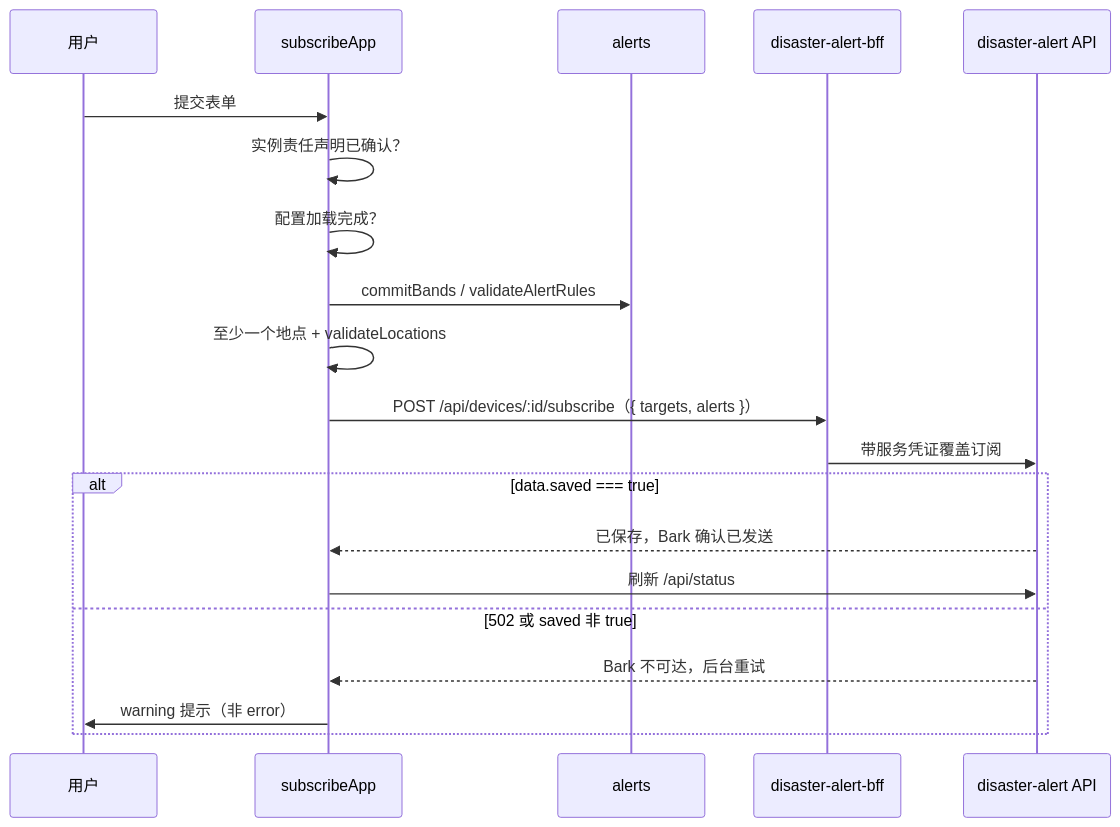
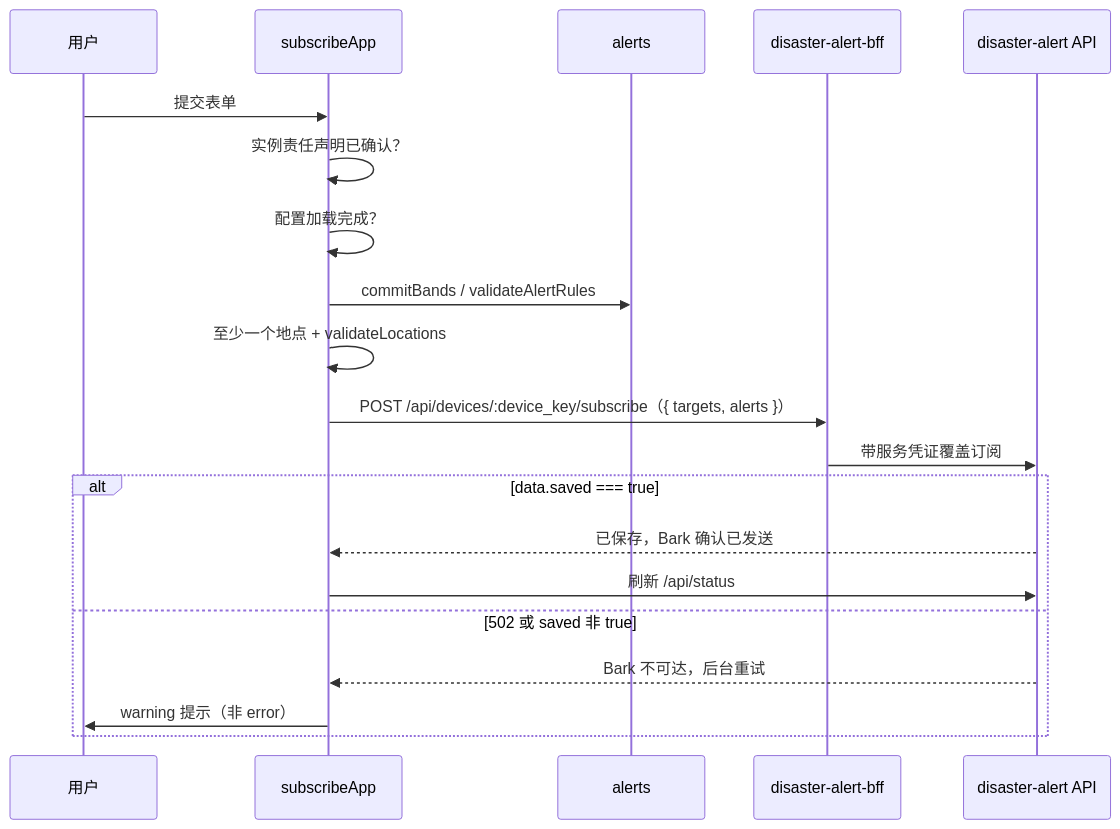
Before and after one commit to luyi2008/disaster-alert-web: the fifth of 8 diagrams in docs/architecture.md, drawn with Mermaid. The commit also changed other lines of this file and 5 other files, not shown here.

First line of the commit message:
fix: save and delete device subscription by device_key

````diff
--- a/docs/architecture.md
+++ b/docs/architecture.md
@@ -258,23 +258,23 @@
 ```mermaid
 sequenceDiagram
     participant U as 用户
     participant A as subscribeApp
     participant AL as alerts
     participant BFF as disaster-alert-bff
     participant API as disaster-alert API
 
     U->>A: 提交表单
     A->>A: 实例责任声明已确认？
     A->>A: 配置加载完成？
     A->>AL: commitBands / validateAlertRules
     A->>A: 至少一个地点 + validateLocations
-    A->>BFF: POST /api/devices/:id/subscribe（{ targets, alerts }）
+    A->>BFF: POST /api/devices/:device_key/subscribe（{ targets, alerts }）
     BFF->>API: 带服务凭证覆盖订阅
     alt data.saved === true
         API-->>A: 已保存，Bark 确认已发送
         A->>API: 刷新 /api/status
     else 502 或 saved 非 true
         API-->>A: Bark 不可达，后台重试
         A->>U: warning 提示（非 error）
     end
 ```
````
